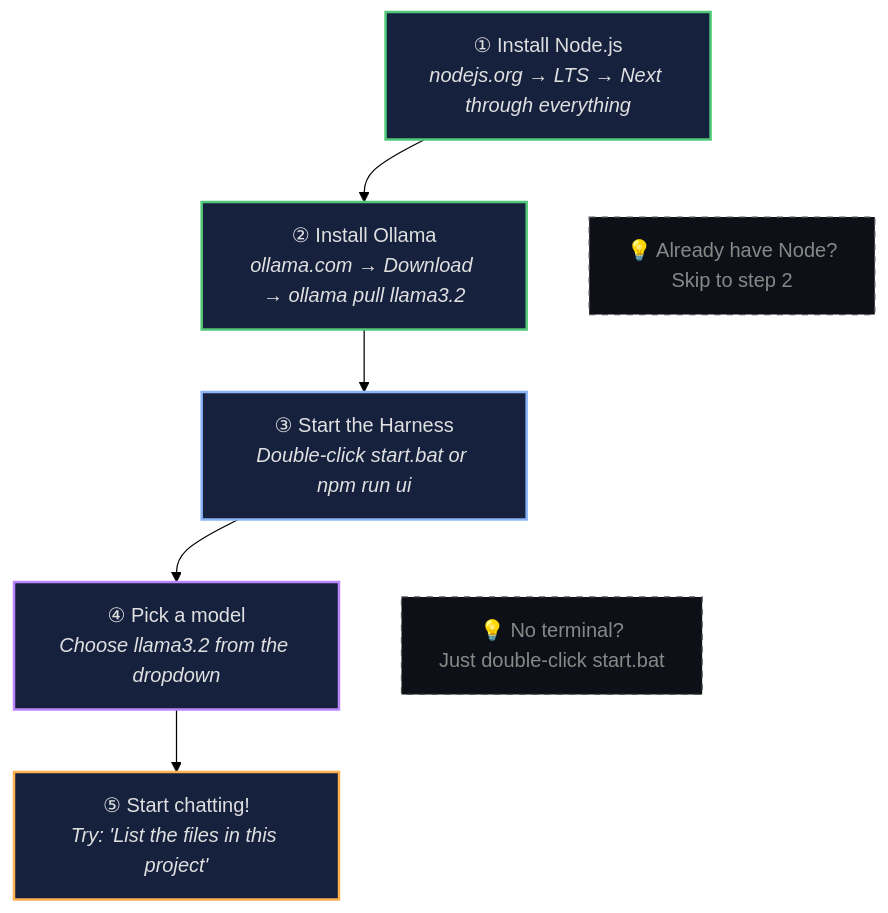
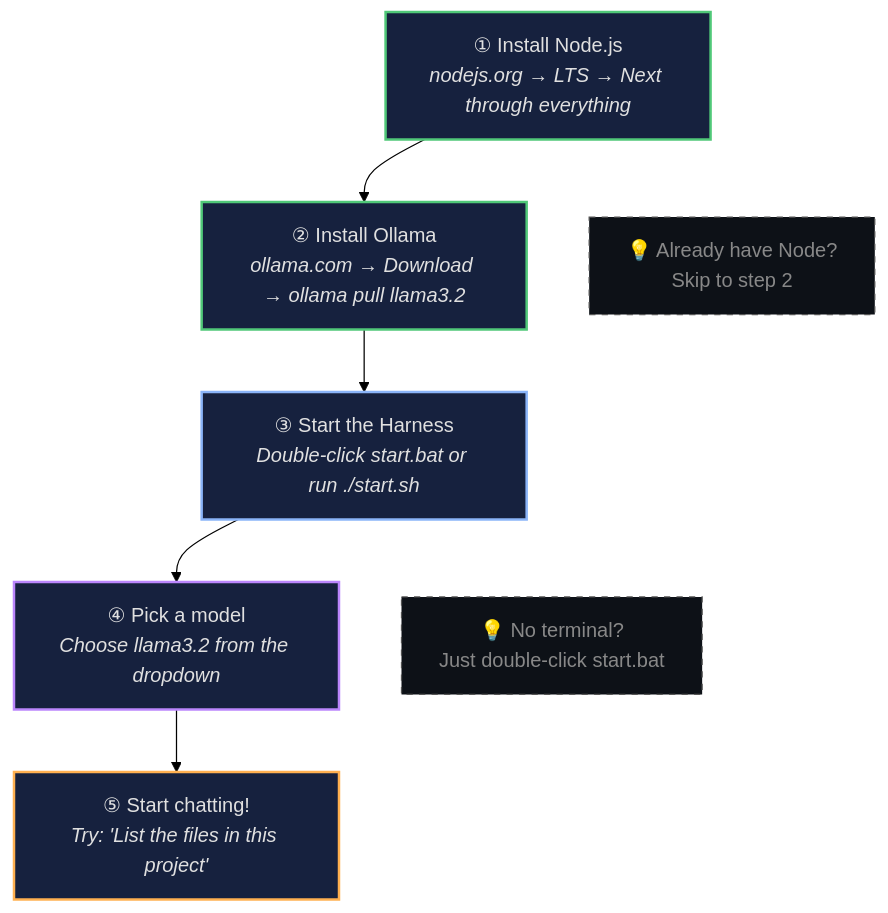
The second of 2 diagrams in README.md (Bradliebs/ollama-agent-harness), drawn with Mermaid (forest theme) before and after one commit. The commit also changed other lines of this file and 21 other files, not shown here.

````diff
--- a/README.md
+++ b/README.md
@@ -63,19 +63,19 @@
 ```mermaid
 graph TD
     S1["① Install Node.js<br/><i>nodejs.org → LTS → Next through everything</i>"] --> S2
     S2["② Install Ollama<br/><i>ollama.com → Download → ollama pull llama3.2</i>"] --> S3
-    S3["③ Start the Harness<br/><i>Double-click start.bat or npm run ui</i>"] --> S4
+    S3["③ Start the Harness<br/><i>Double-click start.bat or run ./start.sh</i>"] --> S4
     S4["④ Pick a model<br/><i>Choose llama3.2 from the dropdown</i>"] --> S5
     S5["⑤ Start chatting!<br/><i>Try: 'List the files in this project'</i>"]
 
     S1 ~~~ N1["💡 Already have Node?<br/>Skip to step 2"]
     S3 ~~~ N2["💡 No terminal?<br/>Just double-click start.bat"]
 
     style S1 fill:#16213e,stroke:#50c878,color:#e0e0e0,stroke-width:2px
     style S2 fill:#16213e,stroke:#50c878,color:#e0e0e0,stroke-width:2px
     style S3 fill:#16213e,stroke:#8ab4f8,color:#e0e0e0,stroke-width:2px
     style S4 fill:#16213e,stroke:#bb86fc,color:#e0e0e0,stroke-width:2px
     style S5 fill:#16213e,stroke:#ffb050,color:#e0e0e0,stroke-width:2px
     style N1 fill:#0d1117,stroke:#555,color:#888,stroke-dasharray:5 5
     style N2 fill:#0d1117,stroke:#555,color:#888,stroke-dasharray:5 5
 ```
````
